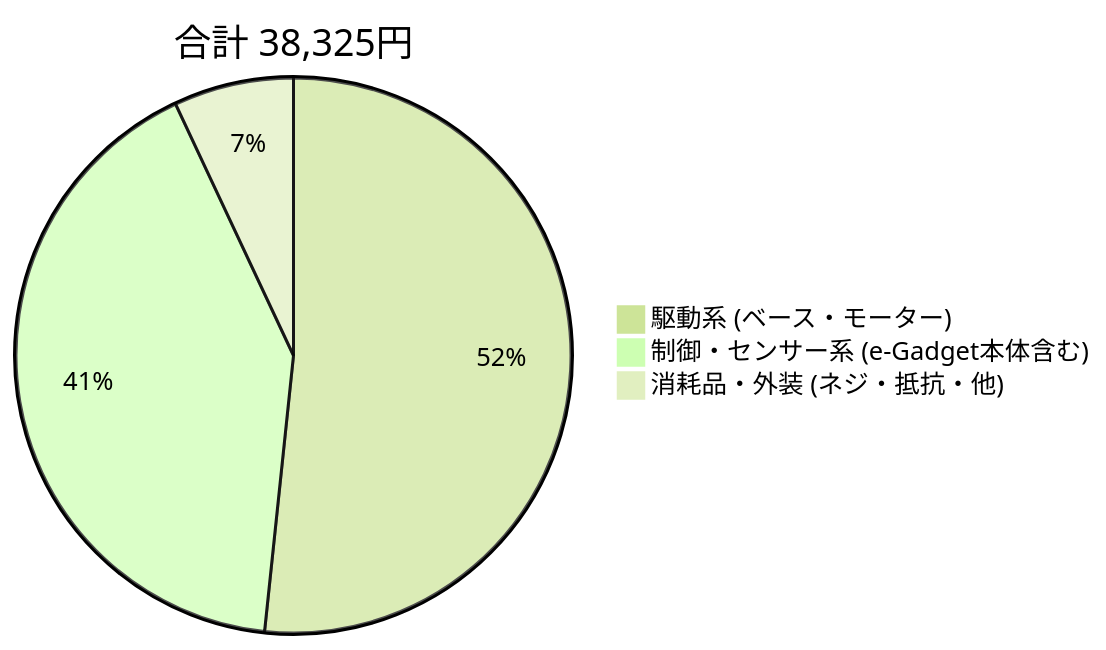
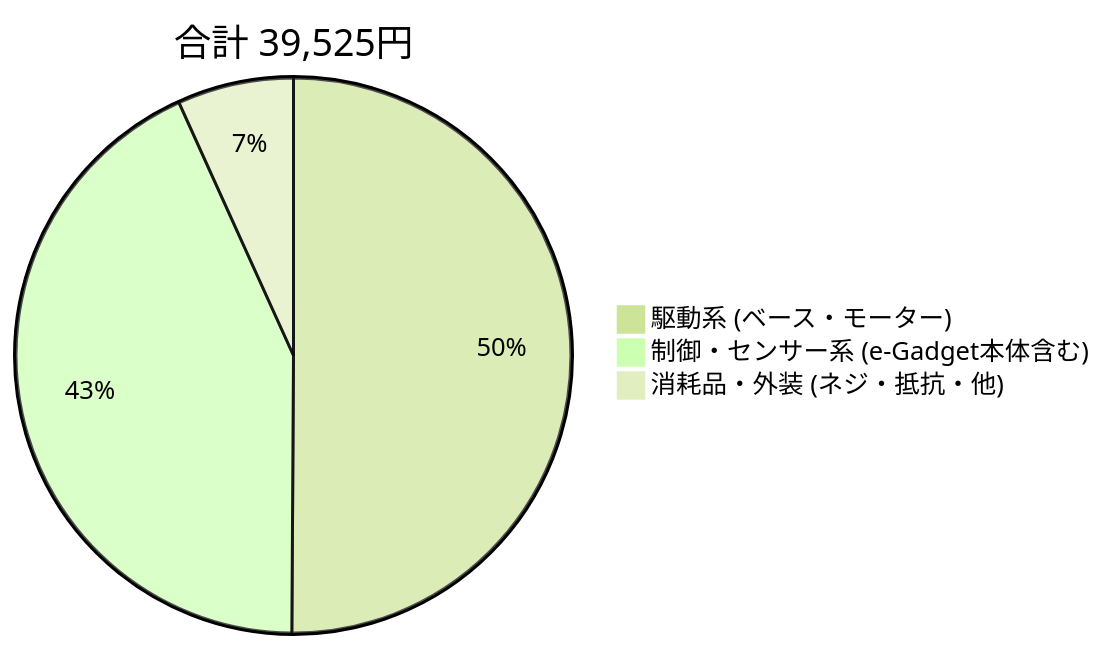
The diagram in README.md (paruru-05/SC-26), drawn with Mermaid (forest theme) before and after one commit. The commit also changed other lines of this file, not shown here.

````diff
--- a/README.md
+++ b/README.md
@@ -211,6 +219,6 @@
 ```mermaid
-pie title 合計 38,325円
+pie title 合計 39,525円
     "駆動系 (ベース・モーター)" : 19800
-    "制御・センサー系 (e-Gadget本体含む)" : 15850
+    "制御・センサー系 (e-Gadget本体含む)" : 17050
     "消耗品・外装 (ネジ・抵抗・他)" : 2675
 ```
````
